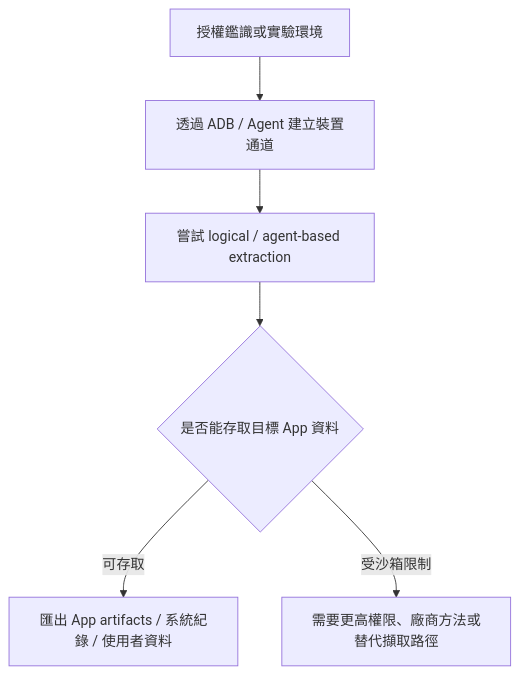
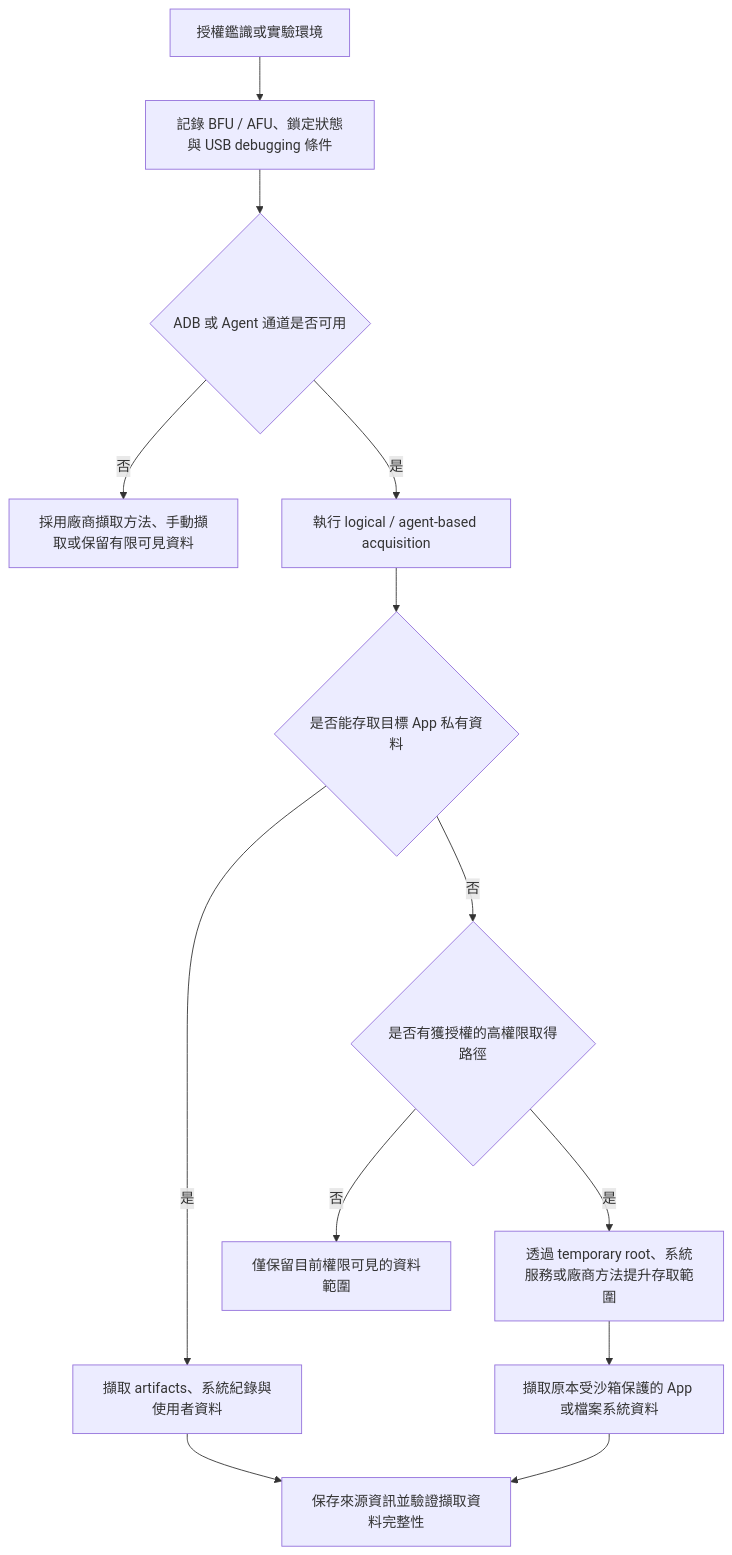
Before and after one commit to lokey0905/rootWithoutUnlockBootloaderList: the third of 7 diagrams in README.md, drawn with Mermaid. The commit also changed other lines of this file, not shown here.

First line of the commit message:
docs: 擴充 Android Root 與 Bootloader 漏洞研究報告

````diff
--- a/README.md
+++ b/README.md
@@ -298,8 +408,15 @@
 ```mermaid
 flowchart TD
-    A[授權鑑識或實驗環境] --> B[透過 ADB / Agent 建立裝置通道]
-    B --> C[嘗試 logical / agent-based extraction]
-    C --> D{是否能存取目標 App 資料}
-    D -->|可存取| E[匯出 App artifacts / 系統紀錄 / 使用者資料]
-    D -->|受沙箱限制| F[需要更高權限、廠商方法或替代擷取路徑]
+    A["授權鑑識或實驗環境"] --> B["記錄 BFU / AFU、鎖定狀態與 USB debugging 條件"]
+    B --> C{"ADB 或 Agent 通道是否可用"}
+    C -->|"否"| D["採用廠商擷取方法、手動擷取或保留有限可見資料"]
+    C -->|"是"| E["執行 logical / agent-based acquisition"]
+    E --> F{"是否能存取目標 App 私有資料"}
+    F -->|"是"| G["擷取 artifacts、系統紀錄與使用者資料"]
+    F -->|"否"| H{"是否有獲授權的高權限取得路徑"}
+    H -->|"否"| I["僅保留目前權限可見的資料範圍"]
+    H -->|"是"| J["透過 temporary root、系統服務或廠商方法提升存取範圍"]
+    J --> K["擷取原本受沙箱保護的 App 或檔案系統資料"]
+    G --> L["保存來源資訊並驗證擷取資料完整性"]
+    K --> L
 ```
````
